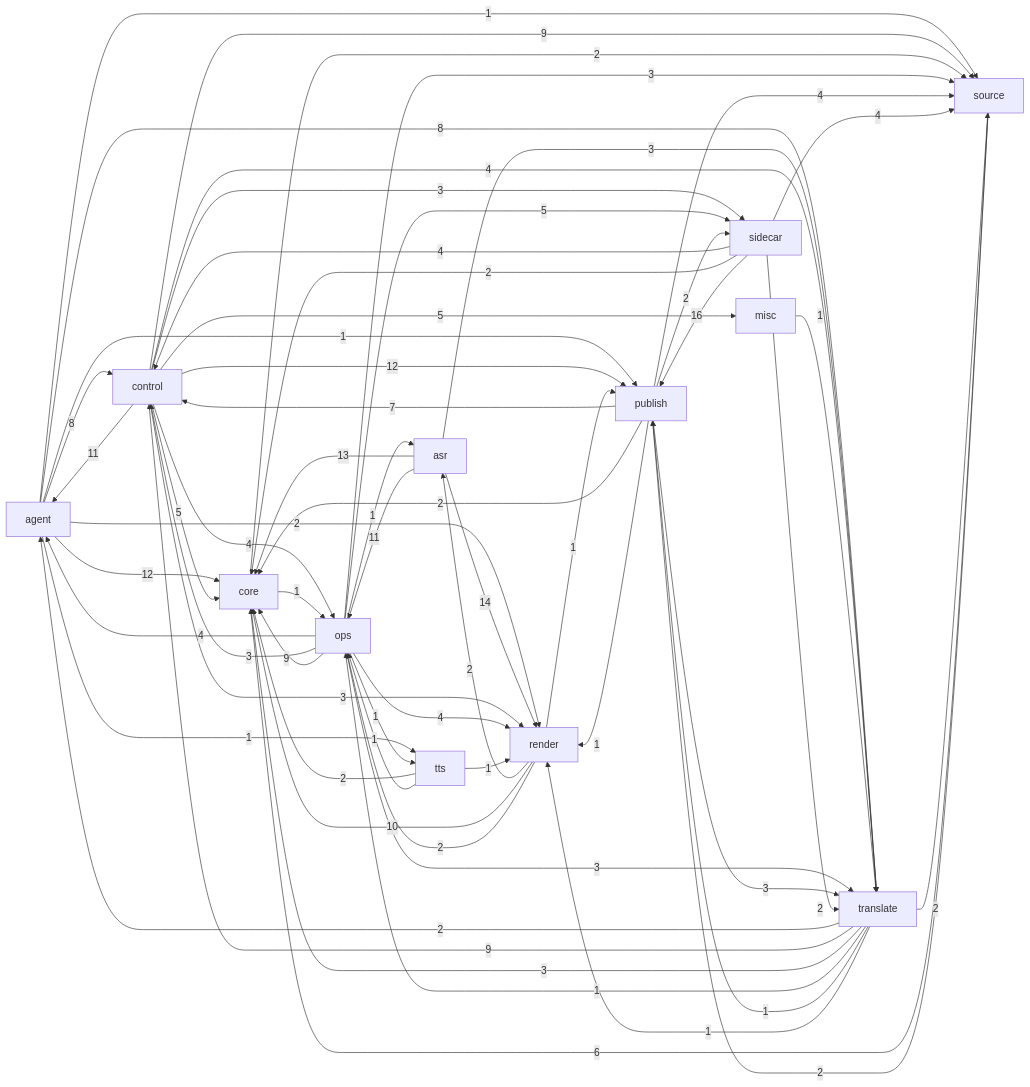
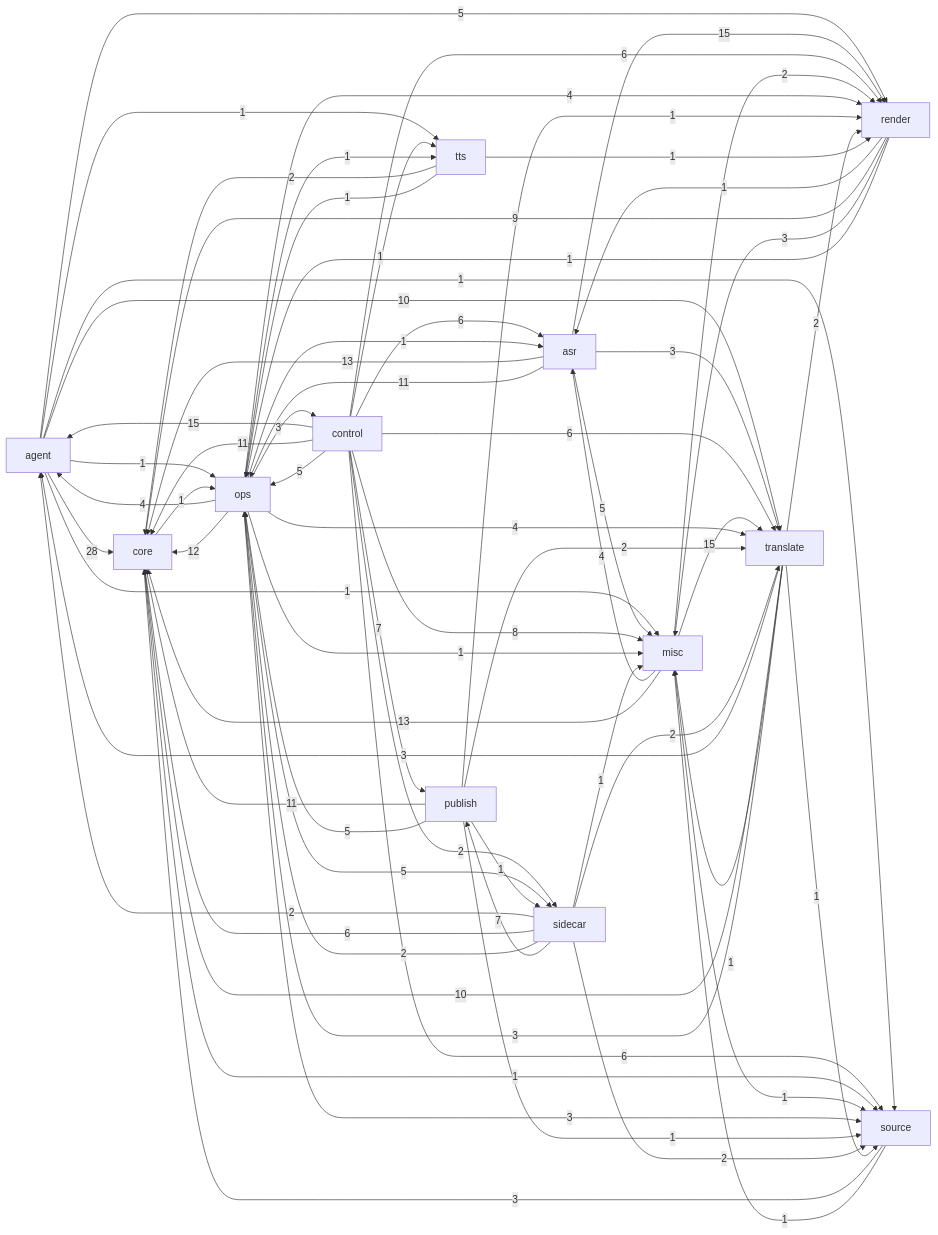
Before and after one commit to kjza178/PinelineV5: the diagram in docs/brain/generated/dependency-graph.md, drawn with Mermaid. The commit also changed other lines of this file and 227 other files, not shown here.

````diff
--- a/docs/brain/generated/dependency-graph.md
+++ b/docs/brain/generated/dependency-graph.md
@@ -8,62 +8,71 @@
 ```mermaid
 flowchart LR
-  agent -->|8| control
-  agent -->|12| core
-  agent -->|1| publish
-  agent -->|2| render
+  agent -->|28| core
+  agent -->|1| misc
+  agent -->|1| ops
+  agent -->|5| render
   agent -->|1| source
-  agent -->|8| translate
+  agent -->|10| translate
   agent -->|1| tts
   asr -->|13| core
+  asr -->|5| misc
   asr -->|11| ops
-  asr -->|14| render
+  asr -->|15| render
   asr -->|3| translate
-  control -->|11| agent
-  control -->|5| core
-  control -->|5| misc
-  control -->|4| ops
-  control -->|12| publish
-  control -->|3| render
-  control -->|3| sidecar
-  control -->|9| source
-  control -->|4| translate
+  control -->|15| agent
+  control -->|6| asr
+  control -->|11| core
+  control -->|8| misc
+  control -->|5| ops
+  control -->|7| publish
+  control -->|6| render
+  control -->|2| sidecar
+  control -->|6| source
+  control -->|6| translate
+  control -->|1| tts
   core -->|1| ops
-  core -->|2| source
-  misc -->|1| translate
+  core -->|1| source
+  misc -->|4| asr
+  misc -->|13| core
+  misc -->|2| render
+  misc -->|1| source
+  misc -->|15| translate
   ops -->|4| agent
   ops -->|1| asr
   ops -->|3| control
-  ops -->|9| core
+  ops -->|12| core
+  ops -->|1| misc
   ops -->|4| render
   ops -->|5| sidecar
   ops -->|3| source
-  ops -->|3| translate
+  ops -->|4| translate
   ops -->|1| tts
-  publish -->|7| control
-  publish -->|2| core
+  publish -->|11| core
+  publish -->|5| ops
   publish -->|1| render
-  publish -->|2| sidecar
-  publish -->|4| source
-  publish -->|3| translate
-  render -->|2| asr
-  render -->|10| core
-  render -->|2| ops
-  render -->|1| publish
-  sidecar -->|4| control
-  sidecar -->|2| core
-  sidecar -->|16| publish
-  sidecar -->|4| source
+  publish -->|1| sidecar
+  publish -->|1| source
+  publish -->|2| translate
+  render -->|1| asr
+  render -->|9| core
+  render -->|3| misc
+  render -->|1| ops
+  sidecar -->|2| agent
+  sidecar -->|6| core
+  sidecar -->|1| misc
+  sidecar -->|2| ops
+  sidecar -->|7| publish
+  sidecar -->|2| source
   sidecar -->|2| translate
-  source -->|6| core
-  source -->|2| publish
-  translate -->|2| agent
-  translate -->|9| control
-  translate -->|3| core
-  translate -->|1| ops
-  translate -->|1| publish
-  translate -->|1| render
-  translate -->|2| source
+  source -->|3| core
+  source -->|1| misc
+  translate -->|3| agent
+  translate -->|10| core
+  translate -->|1| misc
+  translate -->|3| ops
+  translate -->|2| render
+  translate -->|1| source
   tts -->|2| core
   tts -->|1| ops
   tts -->|1| render
 ```
````
